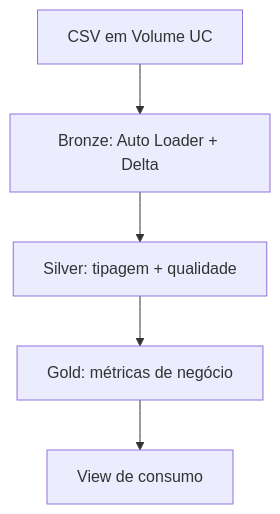
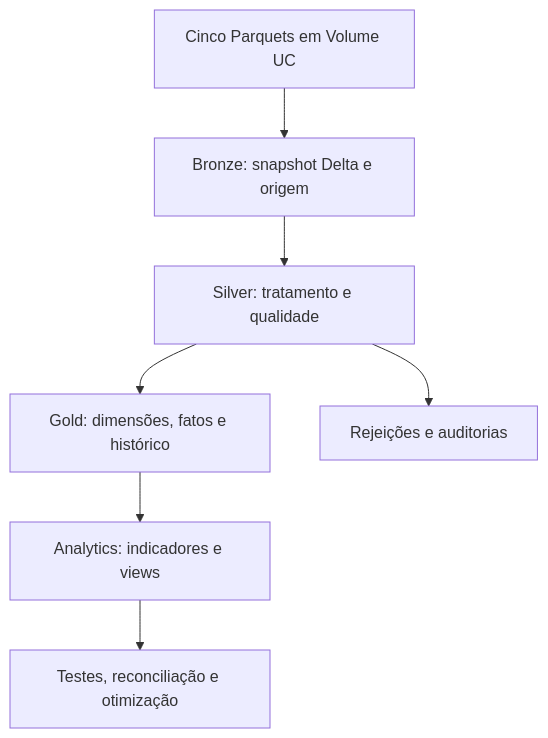
Before and after one commit to RowerBomfim/bootcamp-databricks-capgemini: the diagram in README.md, drawn with Mermaid. The commit also changed other lines of this file and 10 other files, not shown here.

````diff
--- a/README.md
+++ b/README.md
@@ -27,7 +50,9 @@
 ```mermaid
 flowchart TD
-    A["CSV em Volume UC"] --> B["Bronze: Auto Loader + Delta"]
-    B --> C["Silver: tipagem + qualidade"]
-    C --> D["Gold: métricas de negócio"]
-    D --> E["View de consumo"]
+    A["Cinco Parquets em Volume UC"] --> B["Bronze: snapshot Delta e origem"]
+    B --> C["Silver: tratamento e qualidade"]
+    C --> D["Gold: dimensões, fatos e histórico"]
+    D --> E["Analytics: indicadores e views"]
+    C --> F["Rejeições e auditorias"]
+    E --> G["Testes, reconciliação e otimização"]
 ```
````
